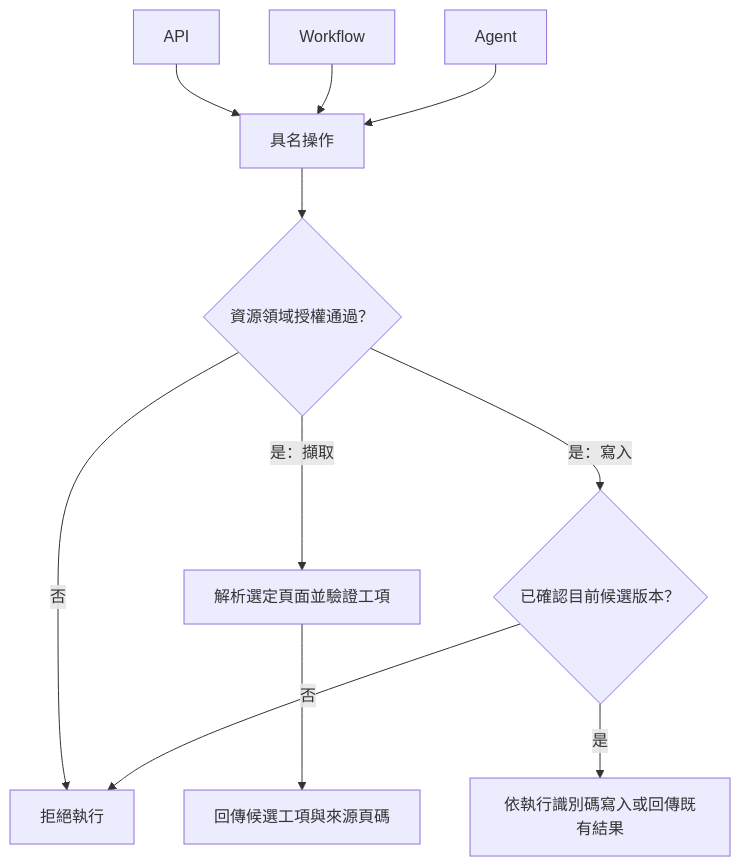
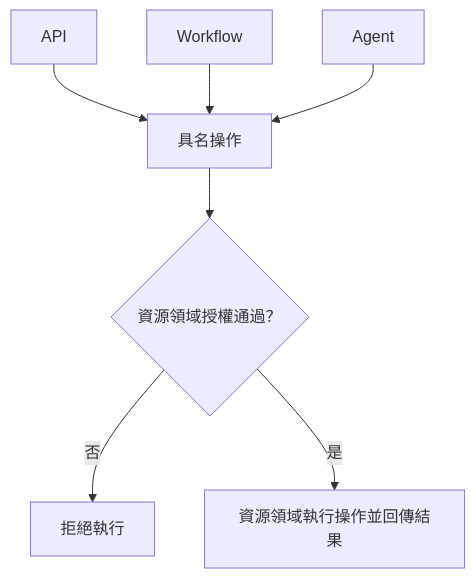
One commit to 963sup/line-mini-app-bot changed the diagram in docs/proposals/operations.md. Above: the diagram before and after it, drawn with Mermaid. The commit also changed other lines of this file and 100 other files, not shown here.

````diff
--- a/docs/proposals/operations.md
+++ b/docs/proposals/operations.md
@@ -11,13 +11,9 @@
 ```mermaid
 flowchart TD
     api["API"] --> op["具名操作"]
     flow["Workflow"] --> op
     agent["Agent"] --> op
     op --> auth{"資源領域授權通過？"}
     auth -->|否| reject["拒絕執行"]
-    auth -->|是：擷取| extract["解析選定頁面並驗證工項"]
-    extract --> result["回傳候選工項與來源頁碼"]
-    auth -->|是：寫入| version{"已確認目前候選版本？"}
-    version -->|否| reject
-    version -->|是| write["依執行識別碼寫入或回傳既有結果"]
+    auth -->|是| execute["資源領域執行操作並回傳結果"]
 ```
````
